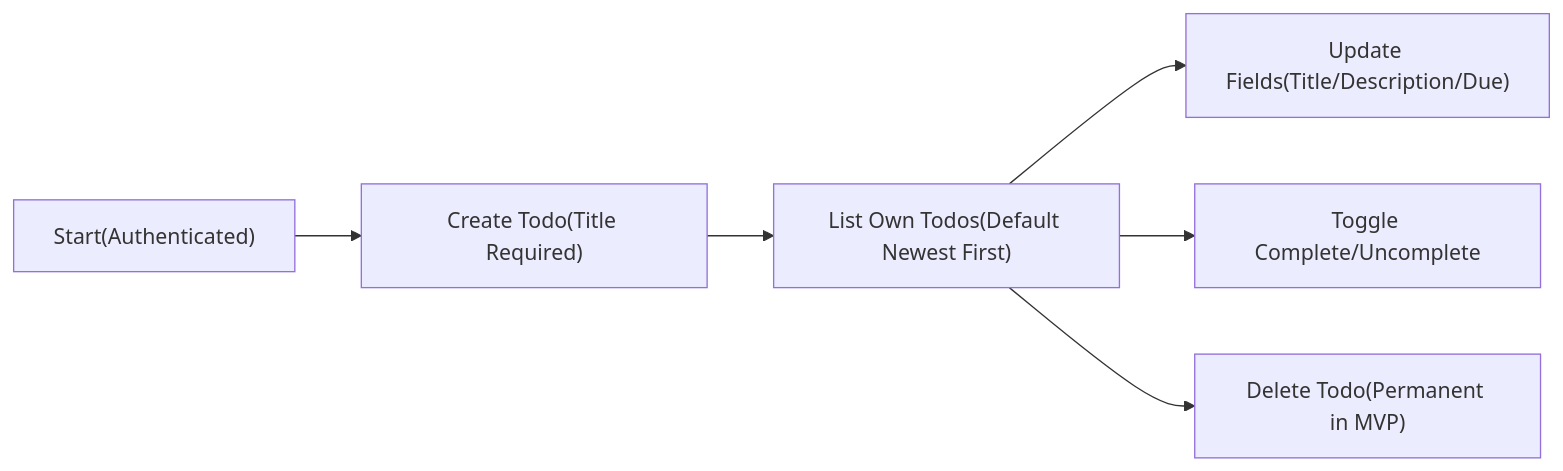
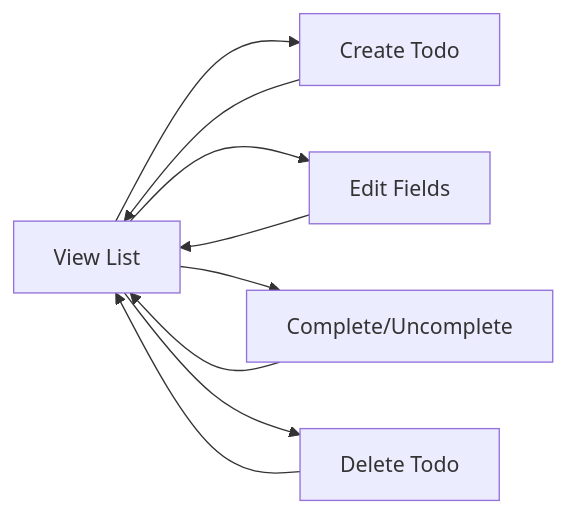
Before and after one commit to wrtnlabs/autobe-example-todo-openai-gpt-5: the second of 4 diagrams in docs/analysis/00-toc.md, drawn with Mermaid. The commit also changed other lines of this file and 957 other files, not shown here.

````diff
--- a/docs/analysis/00-toc.md
+++ b/docs/analysis/00-toc.md
@@ -232,8 +75,7 @@
 ```mermaid
 graph LR
-  S["Start(Authenticated)"] --> C["Create Todo(Title Required)"]
-  C --> L["List Own Todos(Default Newest First)"]
-  L --> U["Update Fields(Title/Description/Due)"]
-  L --> T["Toggle Complete/Uncomplete"]
-  L --> D["Delete Todo(Permanent in MVP)"]
+  L1["View List"] --> L2["Create Todo"] --> L1
+  L1 --> L3["Edit Fields"] --> L1
+  L1 --> L4["Complete/Uncomplete"] --> L1
+  L1 --> L5["Delete Todo"] --> L1
 ```
````
